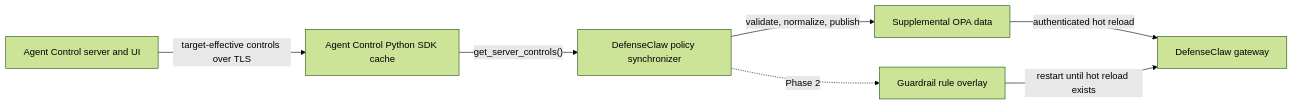
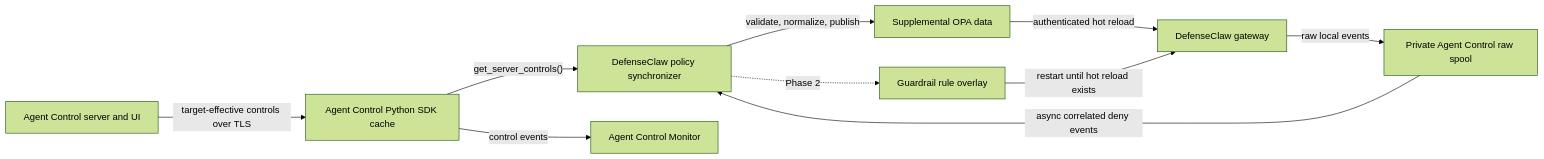
One commit to cisco-ai-defense/defenseclaw changed the first of 2 diagrams in docs/design/agent-control-defenseclaw-sync-spec.md. Above: the diagram before and after it, drawn with Mermaid (forest theme). The commit also changed other lines of this file and 24 other files, not shown here.

Commit message:
feat: report Agent Control enforcement spans

````diff
--- a/docs/design/agent-control-defenseclaw-sync-spec.md
+++ b/docs/design/agent-control-defenseclaw-sync-spec.md
@@ -54,16 +57,21 @@
 ```mermaid
 flowchart LR
     AC["Agent Control server and UI"]
     SDK["Agent Control Python SDK cache"]
     SYNC["DefenseClaw policy synchronizer"]
     OPA["Supplemental OPA data"]
     RULES["Guardrail rule overlay"]
     GW["DefenseClaw gateway"]
+    LOG["Private Agent Control raw spool"]
+    MON["Agent Control Monitor"]
 
     AC -->|"target-effective controls over TLS"| SDK
     SDK -->|"get_server_controls()"| SYNC
     SYNC -->|"validate, normalize, publish"| OPA
     SYNC -.->|"Phase 2"| RULES
     OPA -->|"authenticated hot reload"| GW
     RULES -->|"restart until hot reload exists"| GW
+    GW -->|"raw local events"| LOG
+    LOG -->|"async correlated deny events"| SYNC
+    SDK -->|"control events"| MON
 ```
````
